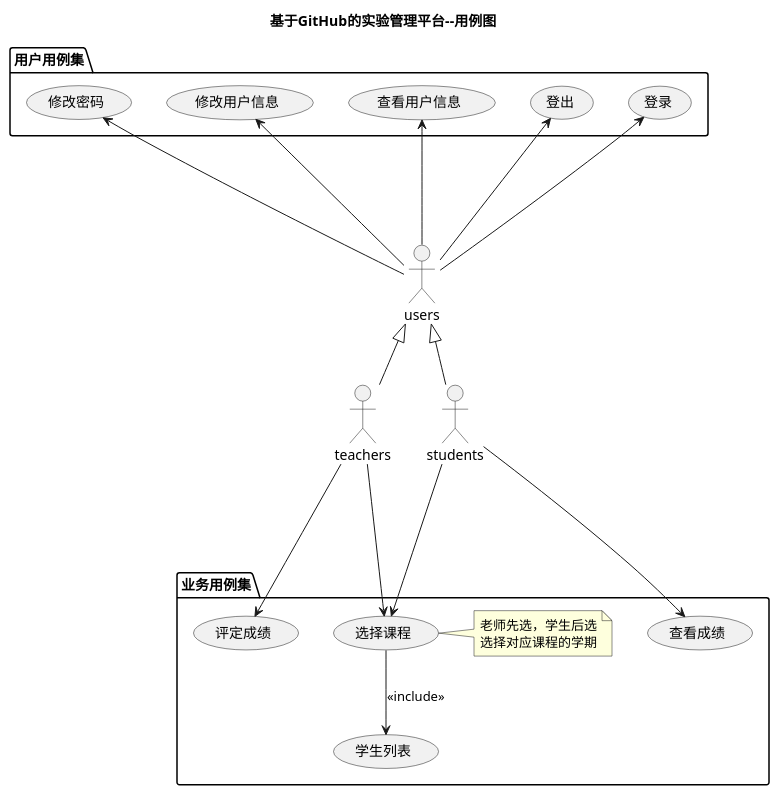
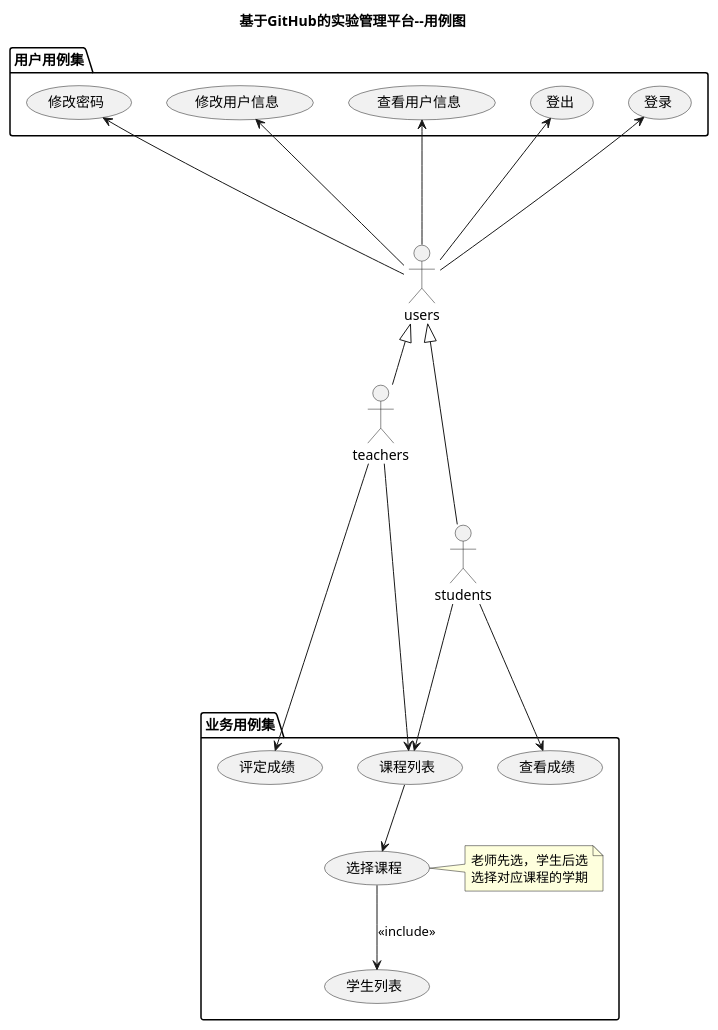
Before and after one commit to mxbox2/is_analysis: the diagram in test6/src/UseCase.puml, drawn with PlantUML. The commit also changed 420 other files, not shown here.

```diff
--- a/test6/src/UseCase.puml
+++ b/test6/src/UseCase.puml
@@ -1,28 +1,30 @@
 @startuml
 title 基于GitHub的实验管理平台--用例图
 actor teachers
 actor students
 actor users
 users <|-- teachers
 users <|-- students
 
 package 用户用例集 {
 users --up-> (登录)
 users --up-> (登出)
 users --up-> (查看用户信息)
 users --up-> (修改用户信息)
 users --up-> (修改密码)
 }
 package 业务用例集 {
-students -->(选择课程)
+students -->(课程列表)
+teachers ---->(课程列表)
+(课程列表) -->(选择课程)
 teachers ---> (评定成绩)
-teachers -->(选择课程)
+
 note right of (选择课程)
  老师先选，学生后选
  选择对应课程的学期
 end note
 (选择课程)-->(学生列表):<<include>>
 students ---> (查看成绩)
 }
 
 @enduml
```
